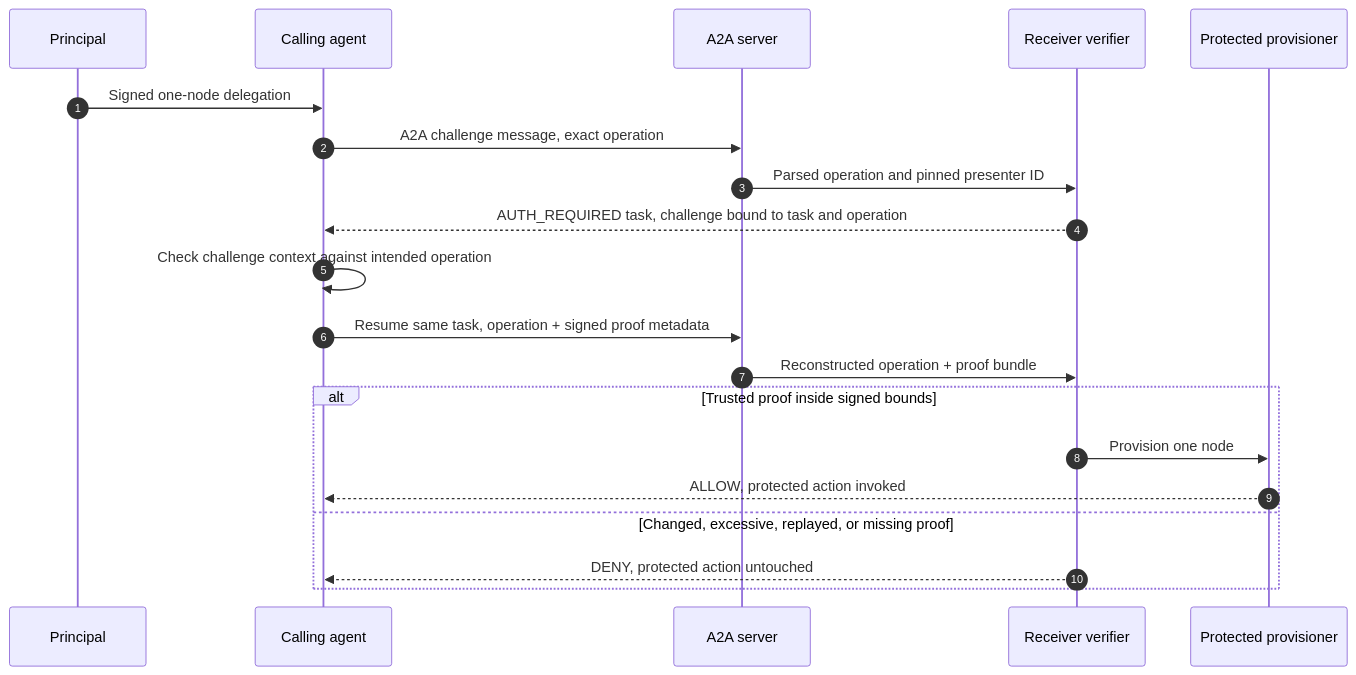
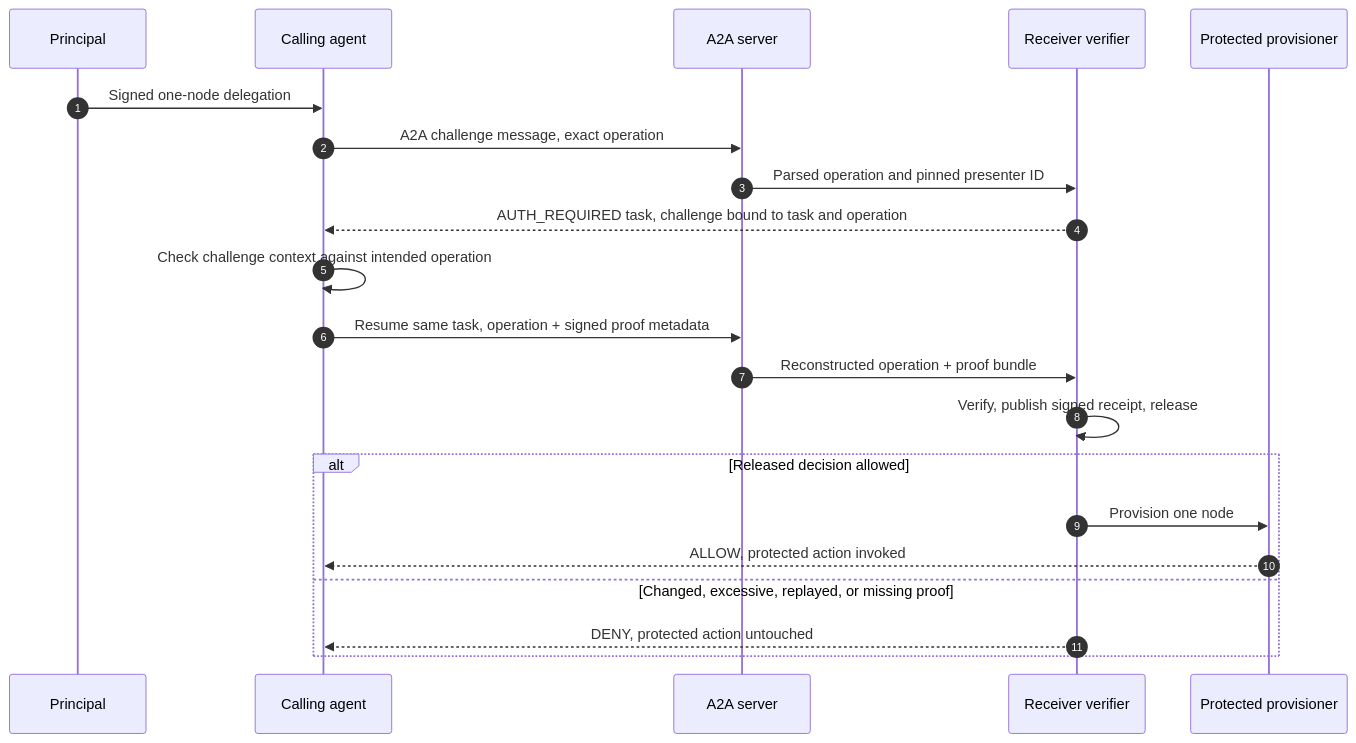
One commit to identities-ai/ratify-protocol changed the second of 2 diagrams in references/a2a/README.md. Above: the diagram before and after it, drawn with Mermaid. The commit also changed other lines of this file and 876 other files, not shown here.

````diff
--- a/references/a2a/README.md
+++ b/references/a2a/README.md
@@ -67,22 +73,23 @@
 ```mermaid
 sequenceDiagram
     autonumber
     participant P as Principal
     participant C as Calling agent
     participant A as A2A server
     participant R as Receiver verifier
     participant T as Protected provisioner
     P->>C: Signed one-node delegation
     C->>A: A2A challenge message, exact operation
     A->>R: Parsed operation and pinned presenter ID
     R-->>C: AUTH_REQUIRED task, challenge bound to task and operation
     C->>C: Check challenge context against intended operation
     C->>A: Resume same task, operation + signed proof metadata
     A->>R: Reconstructed operation + proof bundle
-    alt Trusted proof inside signed bounds
+    R->>R: Verify, publish signed receipt, release
+    alt Released decision allowed
         R->>T: Provision one node
         T-->>C: ALLOW, protected action invoked
     else Changed, excessive, replayed, or missing proof
         R-->>C: DENY, protected action untouched
     end
 ```
````
